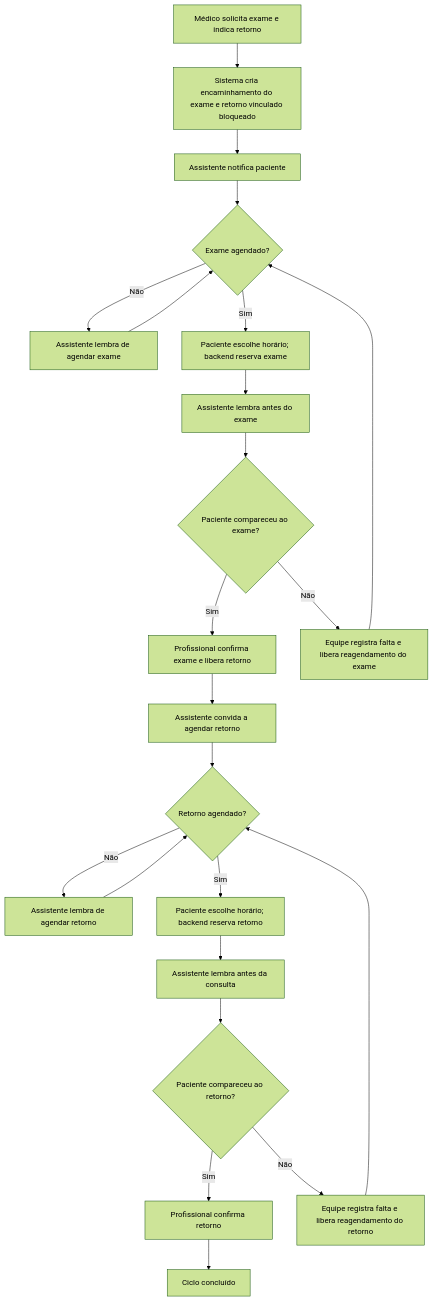
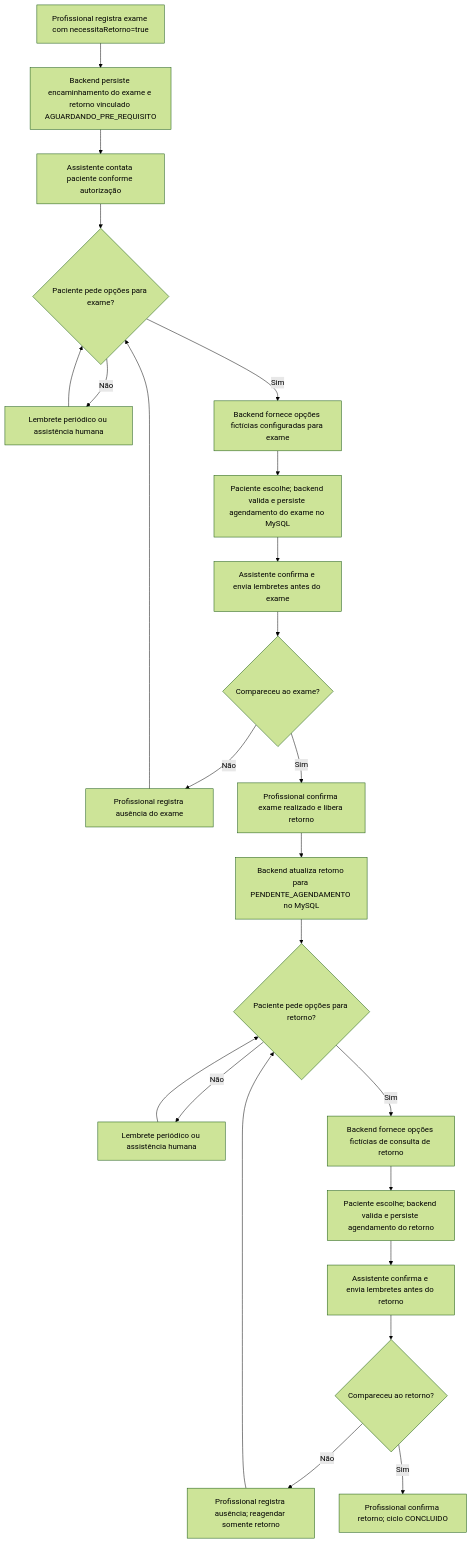
Before and after one commit to SophiaAg/Zelo: the second of 5 diagrams in docs/FLOW.md, drawn with Mermaid (forest theme). The commit also changed other lines of this file and 6 other files, not shown here.

````diff
--- a/docs/FLOW.md
+++ b/docs/FLOW.md
@@ -33,32 +29,22 @@
 ```mermaid
 flowchart TD
-    A["Médico solicita exame e indica retorno"]
-    B["Sistema cria encaminhamento do exame e retorno vinculado bloqueado"]
-    C["Assistente notifica paciente"]
-    D{"Exame agendado?"}
-    E["Assistente lembra de agendar exame"]
-    F["Paciente escolhe horário; backend reserva exame"]
-    G["Assistente lembra antes do exame"]
-    H{"Paciente compareceu ao exame?"}
-    I["Profissional confirma exame e libera retorno"]
-    J["Assistente convida a agendar retorno"]
-    K{"Retorno agendado?"}
-    L["Assistente lembra de agendar retorno"]
-    M["Paciente escolhe horário; backend reserva retorno"]
-    N["Assistente lembra antes da consulta"]
-    O{"Paciente compareceu ao retorno?"}
-    P["Profissional confirma retorno"]
-    Q["Ciclo concluído"]
-    R["Equipe registra falta e libera reagendamento do exame"]
-    S["Equipe registra falta e libera reagendamento do retorno"]
-
-    A --> B --> C --> D
-    D -- Não --> E --> D
-    D -- Sim --> F --> G --> H
-    H -- Não --> R --> D
-    H -- Sim --> I --> J --> K
-    K -- Não --> L --> K
-    K -- Sim --> M --> N --> O
-    O -- Sim --> P --> Q
-    O -- Não --> S --> K
+    A["Profissional registra exame com necessitaRetorno=true"] --> B["Backend persiste encaminhamento do exame e retorno vinculado AGUARDANDO_PRE_REQUISITO"]
+    B --> C["Assistente contata paciente conforme autorização"]
+    C --> D{"Paciente pede opções para exame?"}
+    D -- "Não" --> E["Lembrete periódico ou assistência humana"] --> D
+    D -- "Sim" --> F["Backend fornece opções fictícias configuradas para exame"]
+    F --> G["Paciente escolhe; backend valida e persiste agendamento do exame no MySQL"]
+    G --> H["Assistente confirma e envia lembretes antes do exame"]
+    H --> I{"Compareceu ao exame?"}
+    I -- "Não" --> J["Profissional registra ausência do exame"] --> D
+    I -- "Sim" --> K["Profissional confirma exame realizado e libera retorno"]
+    K --> L["Backend atualiza retorno para PENDENTE_AGENDAMENTO no MySQL"]
+    L --> M{"Paciente pede opções para retorno?"}
+    M -- "Não" --> N["Lembrete periódico ou assistência humana"] --> M
+    M -- "Sim" --> O["Backend fornece opções fictícias de consulta de retorno"]
+    O --> P["Paciente escolhe; backend valida e persiste agendamento do retorno"]
+    P --> Q["Assistente confirma e envia lembretes antes do retorno"]
+    Q --> R{"Compareceu ao retorno?"}
+    R -- "Não" --> S["Profissional registra ausência; reagendar somente retorno"] --> M
+    R -- "Sim" --> T["Profissional confirma retorno; ciclo CONCLUIDO"]
 ```
````
